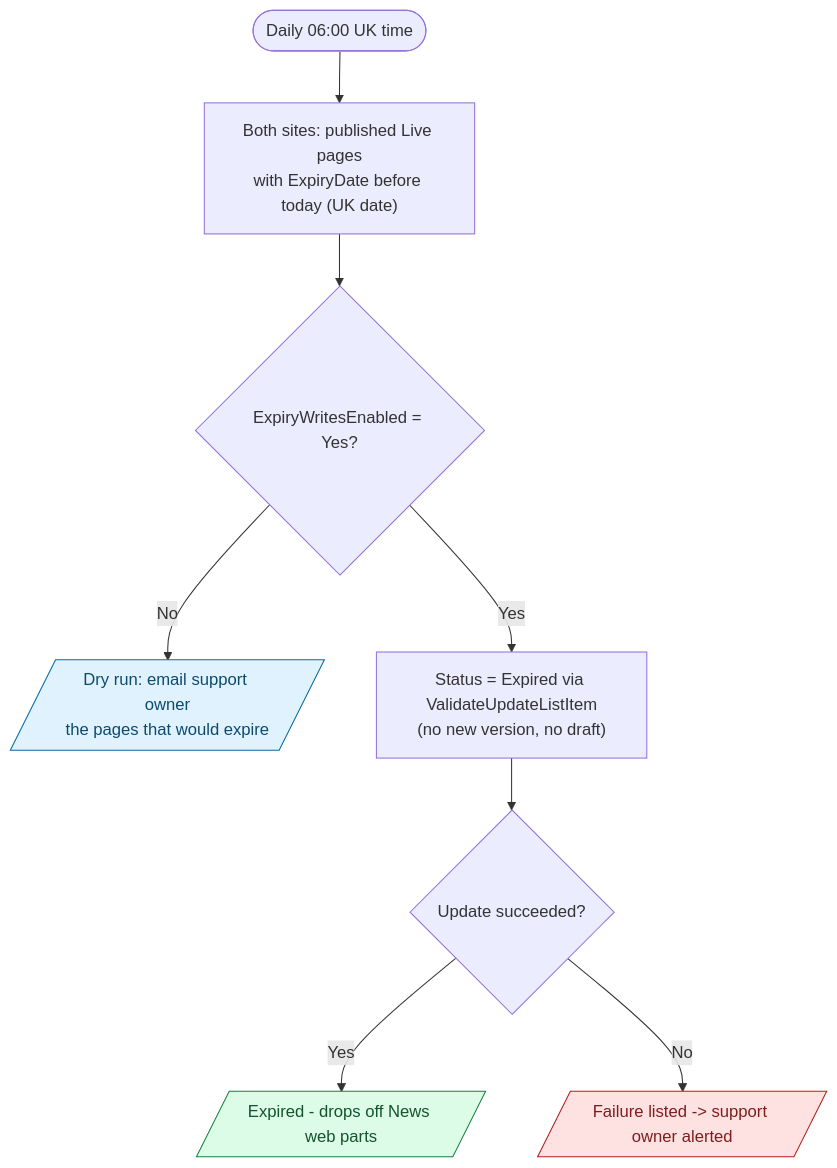
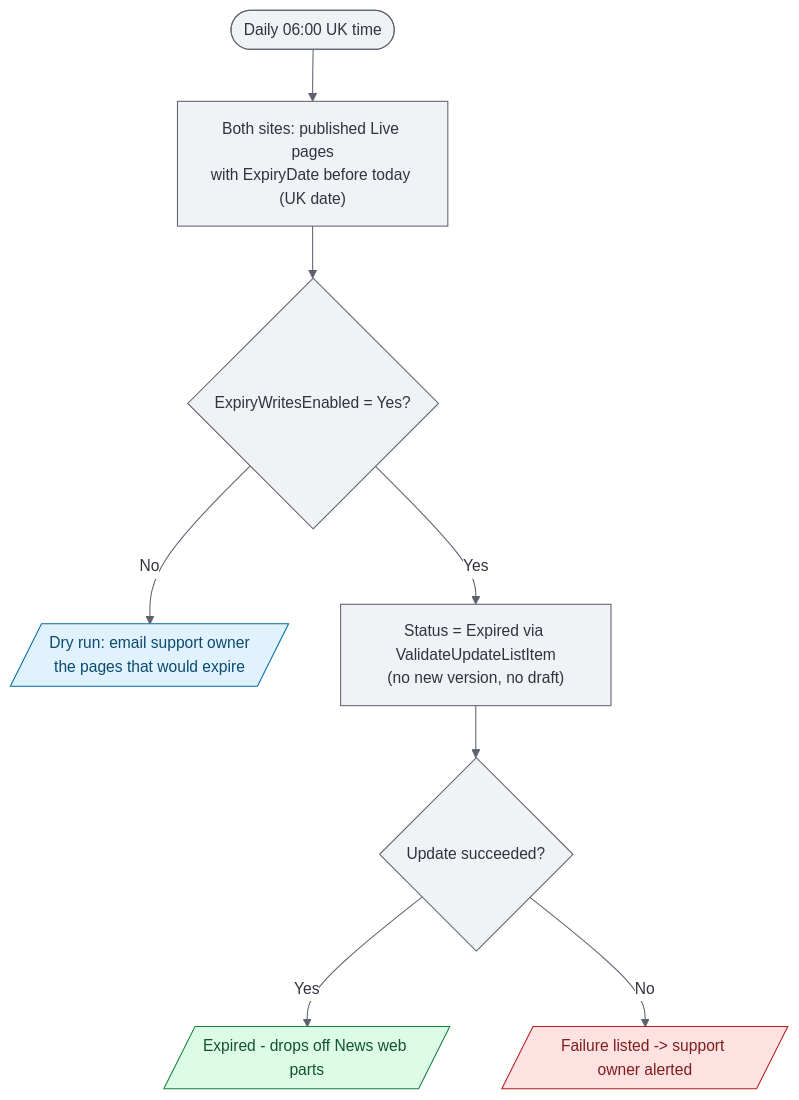
The second of 5 diagrams in solutions/SharePointNews/diagrams/news-flows.md (flinty-isd/Projects-hub), drawn with Mermaid before and after one commit. The commit also changed other lines of this file and 1 other file, not shown here.

First line of the commit message:
Diagrams: readable layout, design-system styling, remove placeholder

````diff
--- a/solutions/SharePointNews/diagrams/news-flows.md
+++ b/solutions/SharePointNews/diagrams/news-flows.md
@@ -27,13 +28,14 @@
 ```mermaid
+%%{init: {'theme': 'base', 'themeVariables': {'fontFamily': 'Source Sans 3, Source Sans Pro, Segoe UI, sans-serif', 'fontSize': '15px', 'primaryColor': '#f0f2f6', 'primaryBorderColor': '#5e616d', 'primaryTextColor': '#31333f', 'lineColor': '#5e616d', 'clusterBkg': '#f8f9fb', 'clusterBorder': '#cdd0d8', 'edgeLabelBackground': '#ffffff', 'tertiaryColor': '#ffffff'}}}%%
 flowchart TD
   A([Daily 06:00 UK time]) --> Q["Both sites: published Live pages<br/>with ExpiryDate before today (UK date)"]
   Q --> W{"ExpiryWritesEnabled = Yes?"}
   W -->|No| DRY[/"Dry run: email support owner<br/>the pages that would expire"/]:::info
   W -->|Yes| U["Status = Expired via ValidateUpdateListItem<br/>(no new version, no draft)"]
   U --> OK{"Update succeeded?"}
   OK -->|Yes| EX[/"Expired - drops off News web parts"/]:::good
   OK -->|No| F[/"Failure listed -> support owner alerted"/]:::bad
   classDef good fill:#dcfce7,stroke:#15803d,color:#14532d
   classDef bad fill:#fee2e2,stroke:#b91c1c,color:#7f1d1d
   classDef info fill:#e0f2fe,stroke:#0369a1,color:#0c4a6e
 ```
````
